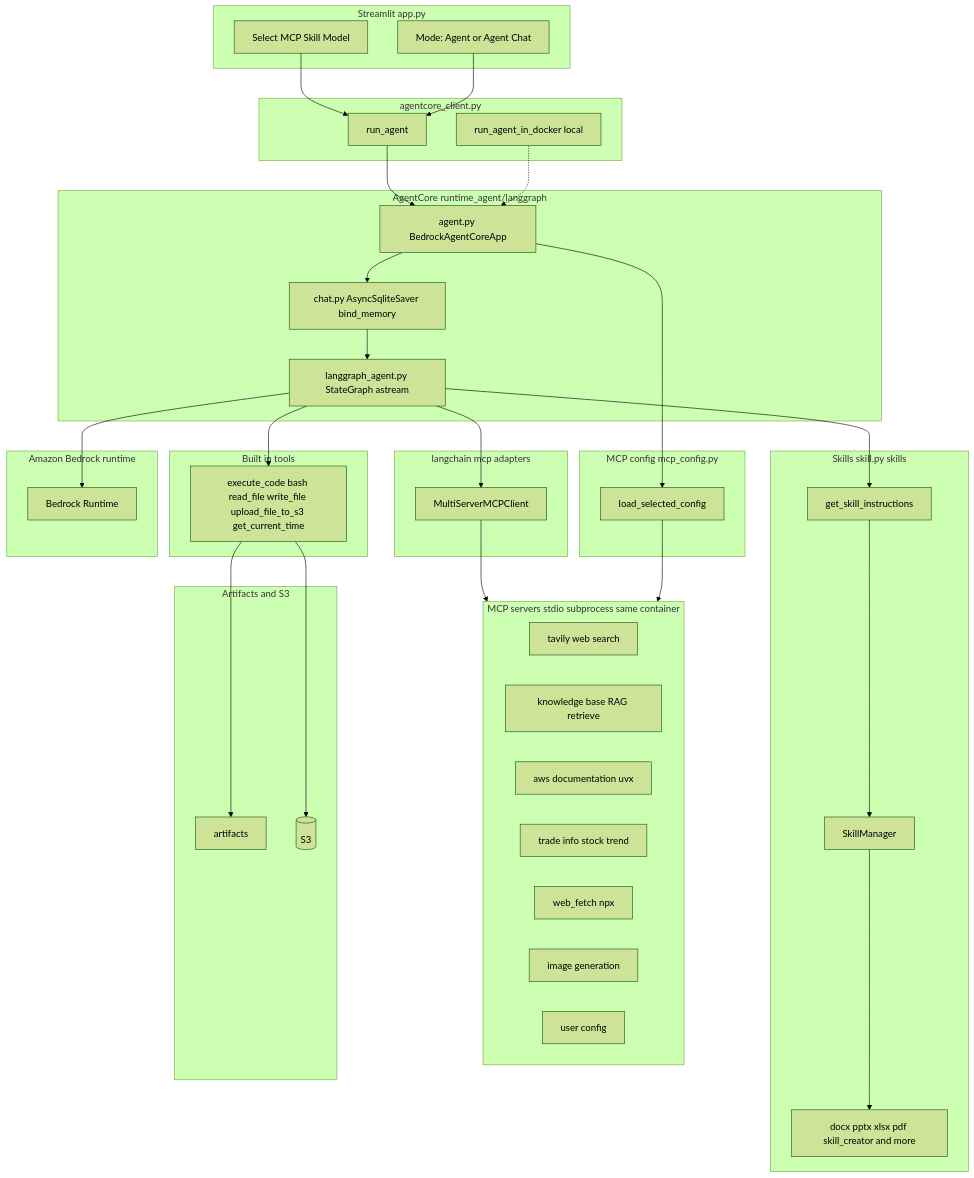
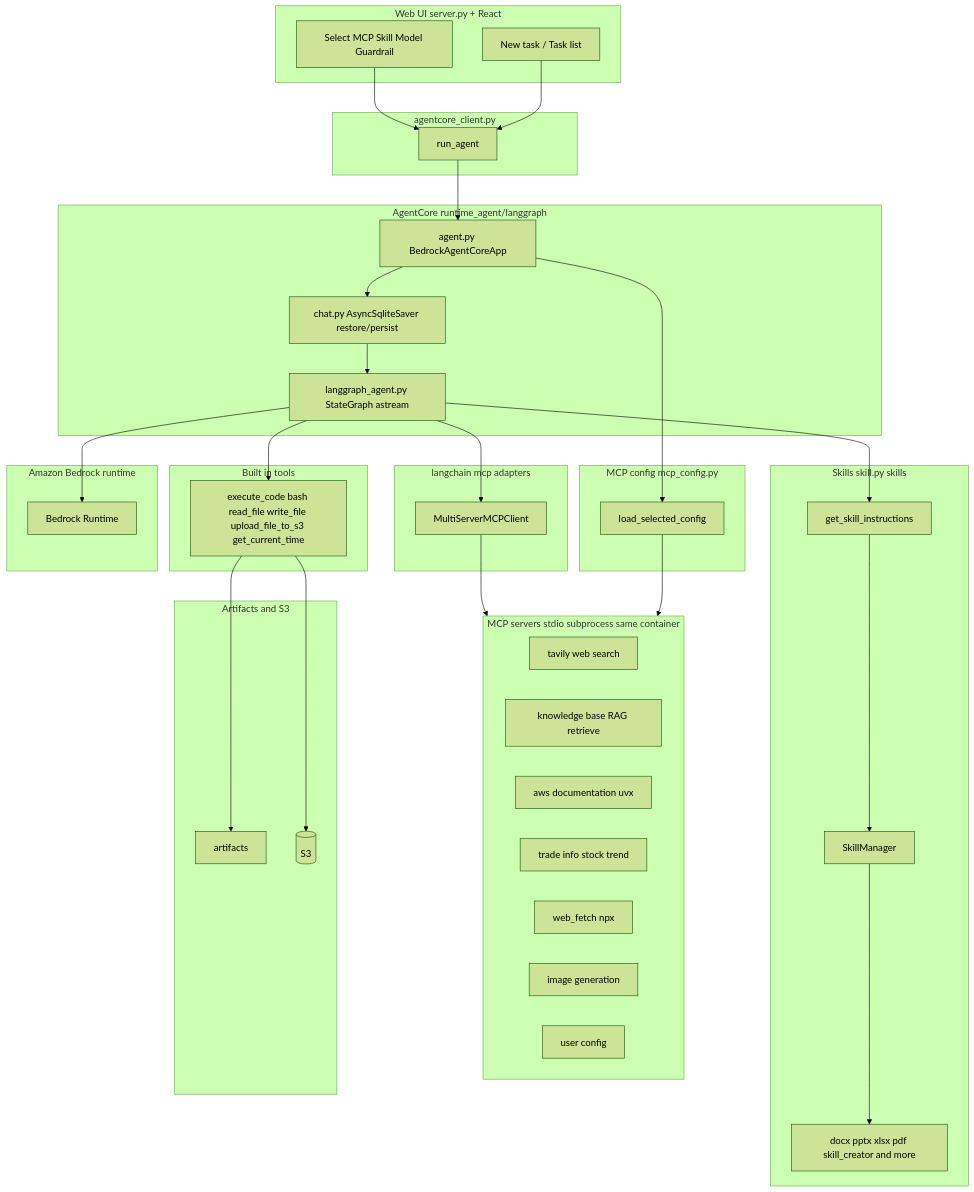
The first of 4 diagrams in README.md (kyopark2014/power-runtime), drawn with Mermaid (forest theme) before and after one commit. The commit also changed other lines of this file and 45 other files, not shown here.

````diff
--- a/README.md
+++ b/README.md
@@ -19,77 +19,75 @@
 ```mermaid
 flowchart TB
-  subgraph UI["Streamlit app.py"]
-    MODE["Mode: Agent or Agent Chat"]
-    SEL["Select MCP Skill Model"]
+  subgraph UI["Web UI server.py + React"]
+    TASK["New task / Task list"]
+    SEL["Select MCP Skill Model Guardrail"]
   end
 
   subgraph Client["agentcore_client.py"]
     RA[run_agent]
-    RD["run_agent_in_docker local"]
   end
 
   subgraph Runtime["AgentCore runtime_agent/langgraph"]
     AG["agent.py BedrockAgentCoreApp"]
-    CHAT["chat.py AsyncSqliteSaver bind_memory"]
+    CHAT["chat.py AsyncSqliteSaver restore/persist"]
     LGA["langgraph_agent.py StateGraph astream"]
   end
 
   subgraph BuiltIn["Built in tools"]
     LGB["execute_code bash read_file write_file upload_file_to_s3 get_current_time"]
   end
 
   subgraph Skills["Skills skill.py skills"]
     SKM[SkillManager]
     SKT[get_skill_instructions]
     SKD["docx pptx xlsx pdf skill_creator and more"]
   end
 
   subgraph MCPConfig["MCP config mcp_config.py"]
     LSC[load_selected_config]
   end
 
   subgraph MCPLocal["MCP servers stdio subprocess same container"]
     TV["tavily web search"]
     KB["knowledge base RAG retrieve"]
     AD["aws documentation uvx"]
     TI["trade info stock trend"]
     WF["web_fetch npx"]
     IG[image generation]
     UC["user config"]
   end
 
   subgraph MCPClient["langchain mcp adapters"]
     LGM[MultiServerMCPClient]
   end
 
   subgraph LLM["Amazon Bedrock runtime"]
     BR[Bedrock Runtime]
   end
 
   subgraph Storage["Artifacts and S3"]
     ART[artifacts]
     S3[(S3)]
   end
 
-  MODE --> RA
+  TASK --> RA
   SEL --> RA
-  RD -.-> AG
 
   RA --> AG
   AG --> CHAT
   CHAT --> LGA
   LGA --> BR
   LGA --> LGB
   LGA --> LGM
   LGA --> SKT
 
   SKT --> SKM
   SKM --> SKD
 
   AG --> LSC
   LSC --> MCPLocal
   LGM --> MCPLocal
 
   LGB --> ART
   LGB --> S3
 ```
````
